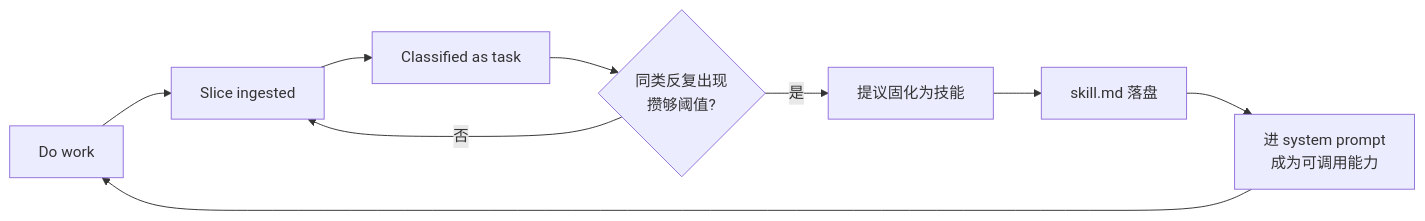
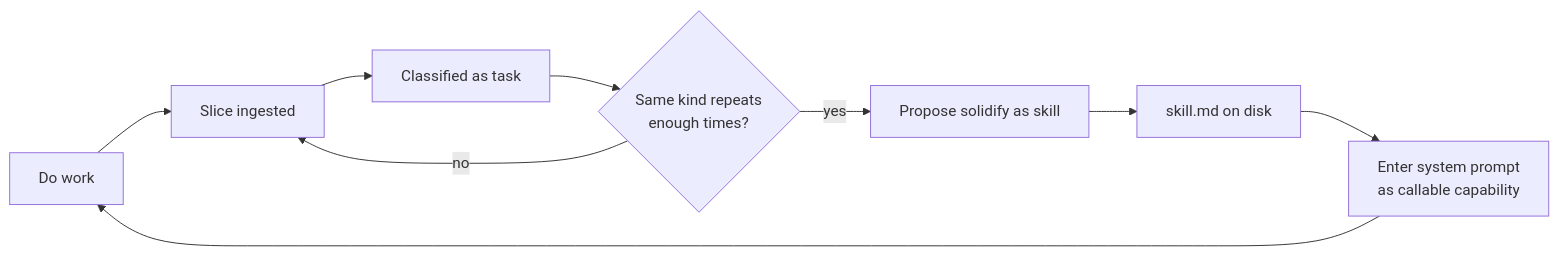
One commit to Alear030/Alear030 changed the diagram in docs/modules/memory.en.md. Above: the diagram before and after it, drawn with Mermaid. The commit also changed other lines of this file and 6 other files, not shown here.

````diff
--- a/docs/modules/memory.en.md
+++ b/docs/modules/memory.en.md
@@ -341,11 +341,11 @@
 ```mermaid
 flowchart LR
     A[Do work] --> B[Slice ingested]
     B --> C[Classified as task]
-    C --> D{同类反复出现<br/>攒够阈值?}
-    D -- 是 --> E[提议固化为技能]
-    E --> F[skill.md 落盘]
-    F --> G[进 system prompt<br/>成为可调用能力]
+    C --> D{Same kind repeats<br/>enough times?}
+    D -- yes --> E[Propose solidify as skill]
+    E --> F[skill.md on disk]
+    F --> G[Enter system prompt<br/>as callable capability]
     G --> A
-    D -- 否 --> B
+    D -- no --> B
 ```
````
